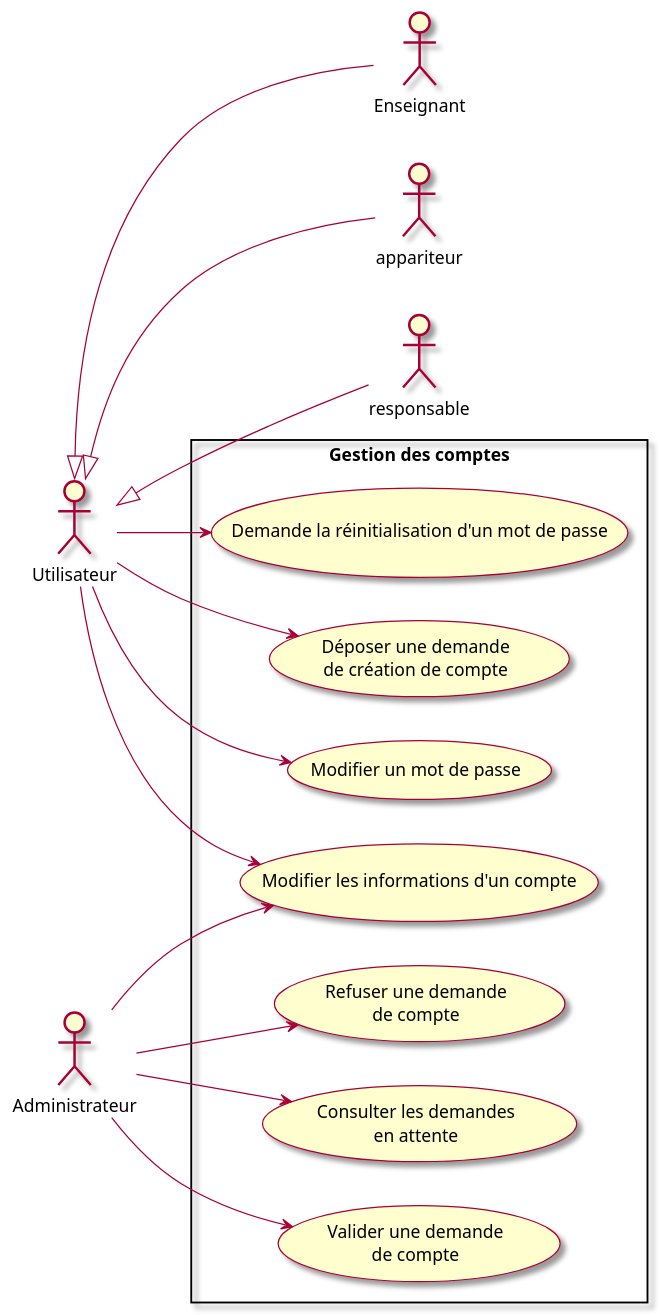
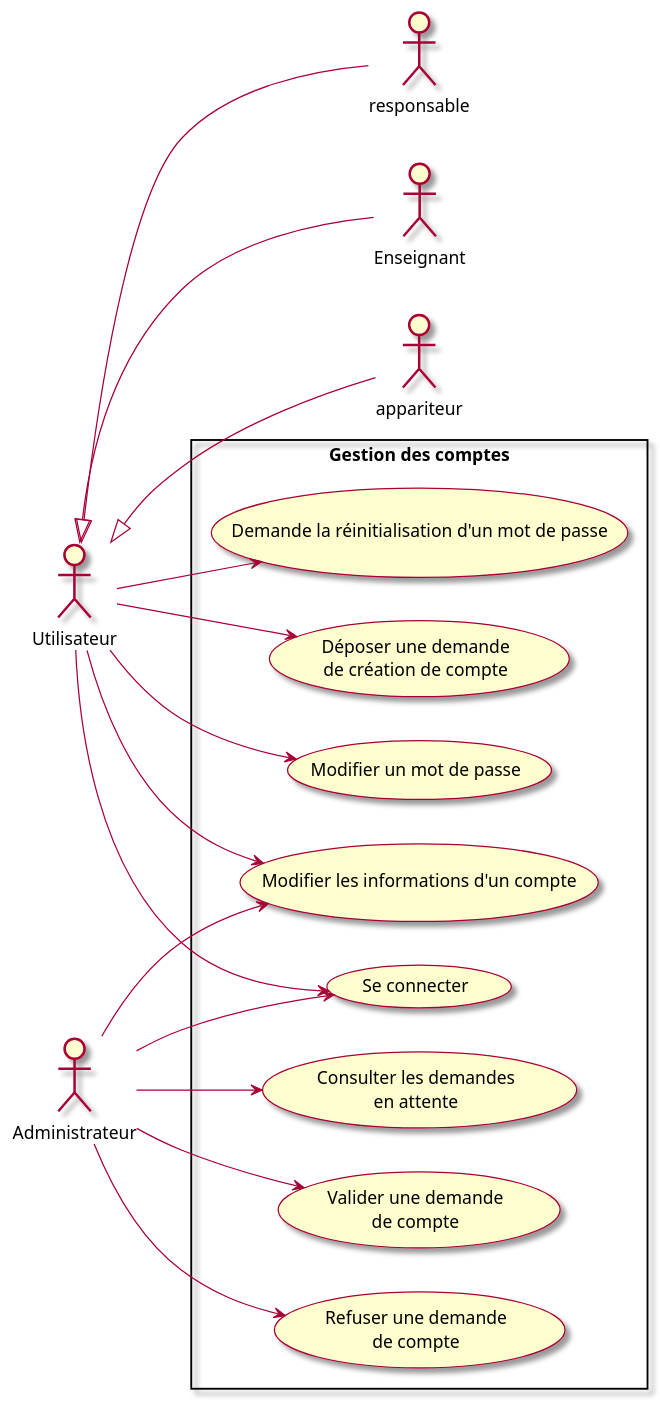
One commit to mrajaonson/glg204-room-management-system changed the second of 6 diagrams in docs/01-Besoins.md. Above: the diagram before and after it, drawn with PlantUML. The commit also changed other lines of this file and 5 other files, not shown here.

````diff
--- a/docs/01-Besoins.md
+++ b/docs/01-Besoins.md
@@ -71,39 +71,42 @@
 ```plantuml
 @startuml
 skin rose
 
 left to right direction
 
 actor "Utilisateur" as U
 actor "Enseignant" as E
 actor "appariteur" as AP
 actor "responsable" as R
 actor "Administrateur" as A
 
 rectangle "Gestion des comptes" {
   usecase "Déposer une demande\nde création de compte" as UC_CREER
   usecase "Consulter les demandes\nen attente" as UC_CONSULTER_DEMANDE
   usecase "Valider une demande\nde compte" as UC_VALIDER
   usecase "Refuser une demande\nde compte" as UC_REFUSER
   usecase "Modifier les informations d'un compte" as UC_MODIFER_COMPTE
   usecase "Modifier un mot de passe" as UC_MODIFIER_PASSE
   usecase "Demande la réinitialisation d'un mot de passe" as UC_REINITIALISER_PASSE
+  usecase "Se connecter" as UC_CONNECTER
 }
 
 U <|-- E
 U <|-- AP
 U <|-- R
 
 U --> UC_CREER
 U --> UC_MODIFER_COMPTE
 U --> UC_MODIFIER_PASSE
 U --> UC_REINITIALISER_PASSE
+U --> UC_CONNECTER
 
 A --> UC_MODIFER_COMPTE
+A --> UC_CONNECTER
 A --> UC_CONSULTER_DEMANDE
 A --> UC_VALIDER
 A --> UC_REFUSER
 
 
 @enduml
 ```
````
